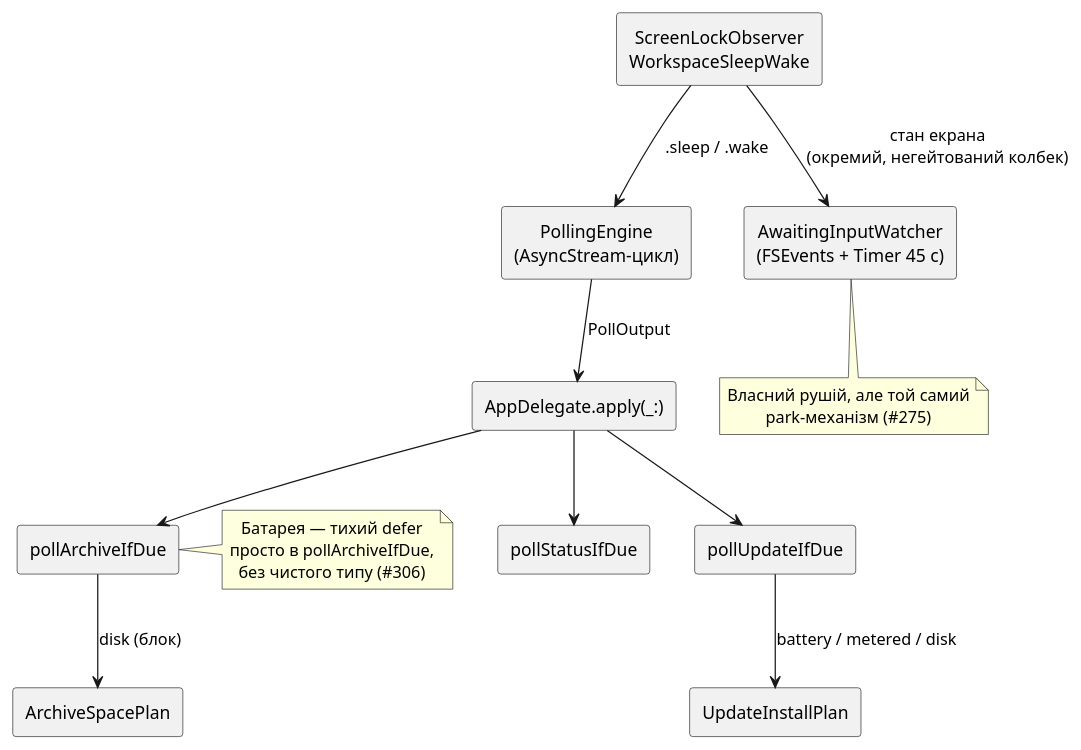
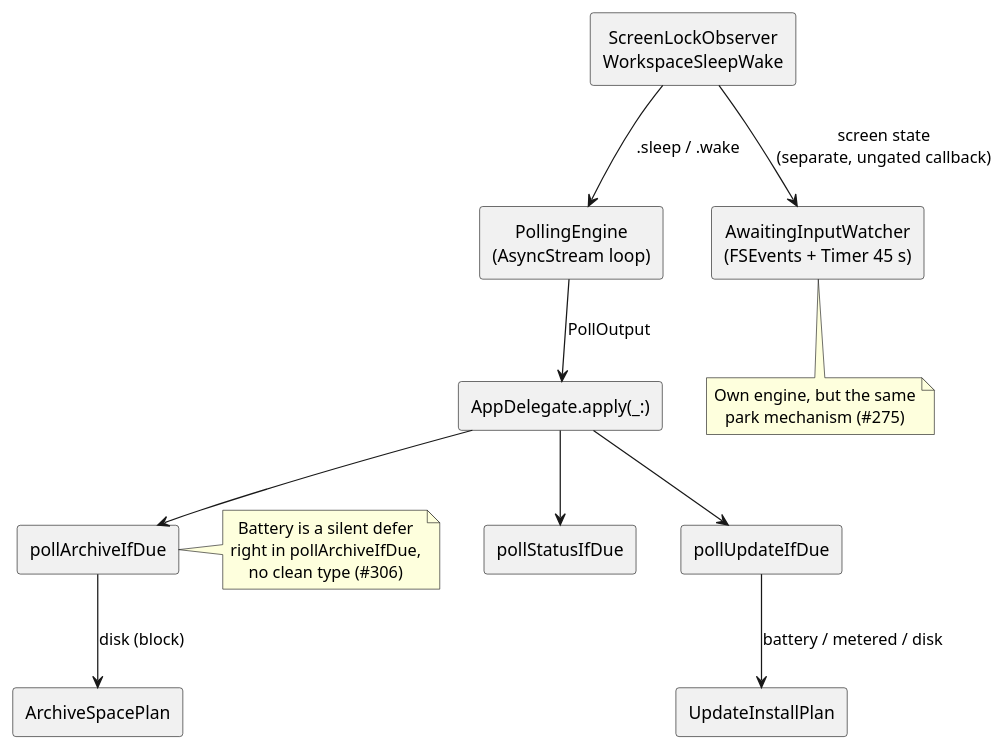
One commit to artem-from-ua/tokenpace changed the diagram in docs/reference/performance.md. Above: the diagram before and after it, drawn with PlantUML. The commit also changed other lines of this file and 16 other files, not shown here.

````diff
--- a/docs/reference/performance.md
+++ b/docs/reference/performance.md
@@ -41,38 +42,38 @@
 ```plantuml
 @startuml
 skinparam componentStyle rectangle
 skinparam defaultTextAlignment center
 
-component "PollingEngine\n(AsyncStream-цикл)" as engine
+component "PollingEngine\n(AsyncStream loop)" as engine
 component "AppDelegate.apply(_:)" as apply
 component "pollStatusIfDue" as status
 component "pollUpdateIfDue" as update
 component "pollArchiveIfDue" as archive
-component "AwaitingInputWatcher\n(FSEvents + Timer 45 с)" as watcher
+component "AwaitingInputWatcher\n(FSEvents + Timer 45 s)" as watcher
 
 component "ScreenLockObserver\nWorkspaceSleepWake" as park
 component "UpdateInstallPlan" as instplan
 component "ArchiveSpacePlan" as spaceplan
 
 park -down-> engine : .sleep / .wake
 engine -down-> apply : PollOutput
 apply -down-> status
 apply -down-> update
 apply -down-> archive
 update -down-> instplan : battery / metered / disk
-archive -down-> spaceplan : disk (блок)
+archive -down-> spaceplan : disk (block)
 
-park -down-> watcher : стан екрана\n(окремий, негейтований колбек)
+park -down-> watcher : screen state\n(separate, ungated callback)
 
 note bottom of watcher
-  Власний рушій, але той самий
-  park-механізм (#275)
+  Own engine, but the same
+  park mechanism (#275)
 end note
 
 note right of archive
-  Батарея — тихий defer
-  просто в pollArchiveIfDue,
-  без чистого типу (#306)
+  Battery is a silent defer
+  right in pollArchiveIfDue,
+  no clean type (#306)
 end note
 @enduml
 ```
````
